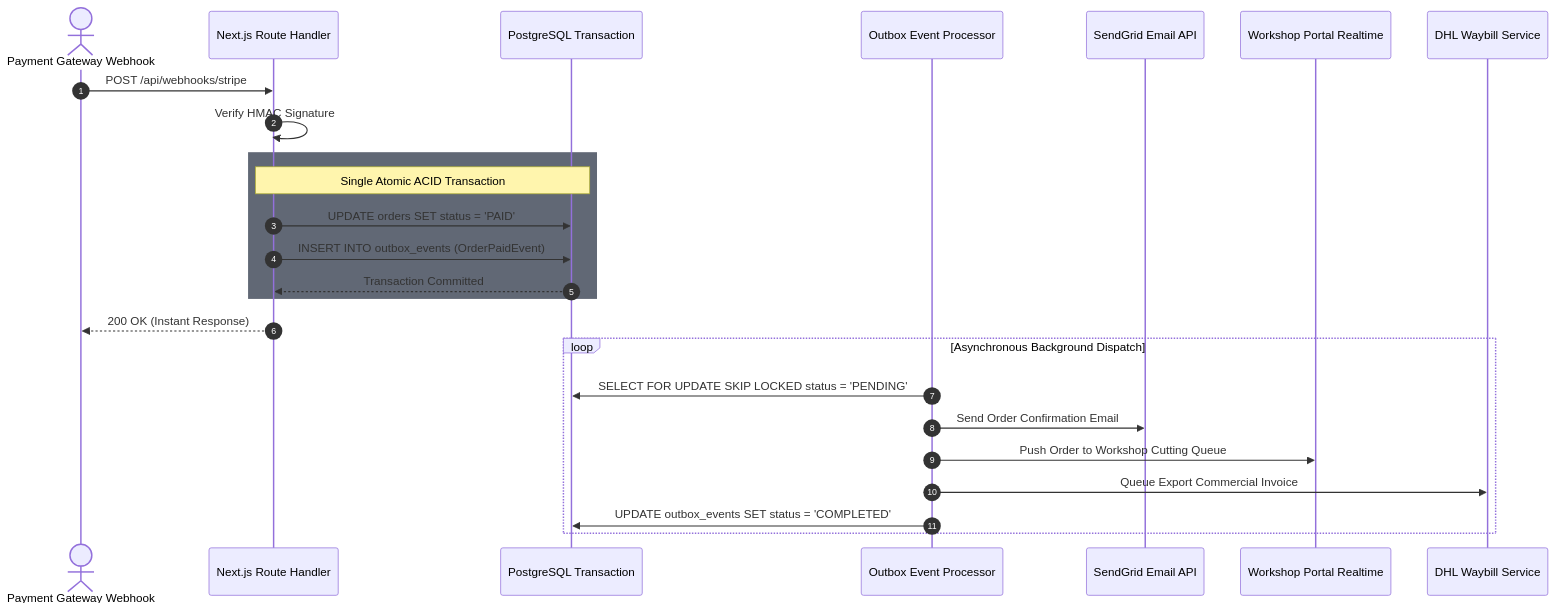
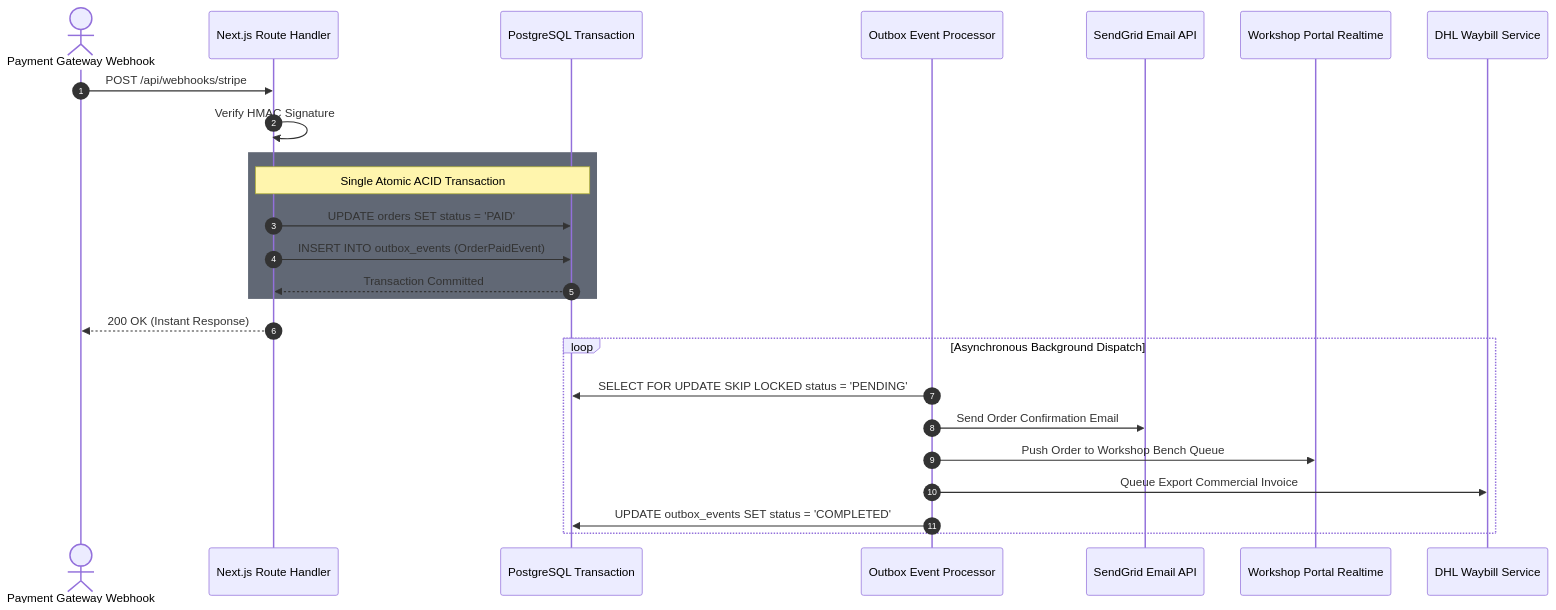
The tenth of 10 diagrams in docs/product/PRODUCT-CONTRACT.md (Sarthak2233/Jeanius), drawn with Mermaid before and after one commit. The commit also changed other lines of this file and 145 other files, not shown here.

````diff
--- a/docs/product/PRODUCT-CONTRACT.md
+++ b/docs/product/PRODUCT-CONTRACT.md
@@ -553,31 +531,31 @@
 ```mermaid
 sequenceDiagram
     autonumber
     actor Webhook as Payment Gateway Webhook
     participant RouteHandler as Next.js Route Handler
     participant DB as PostgreSQL Transaction
     participant Worker as Outbox Event Processor
     participant Email as SendGrid Email API
     participant Workshop as Workshop Portal Realtime
     participant Logistics as DHL Waybill Service
 
     Webhook->>RouteHandler: POST /api/webhooks/stripe
     RouteHandler->>RouteHandler: Verify HMAC Signature
 
     rect rgba(30, 41, 59, 0.7)
         Note over RouteHandler,DB: Single Atomic ACID Transaction
         RouteHandler->>DB: UPDATE orders SET status = 'PAID'
         RouteHandler->>DB: INSERT INTO outbox_events (OrderPaidEvent)
         DB-->>RouteHandler: Transaction Committed
     end
 
     RouteHandler-->>Webhook: 200 OK (Instant Response)
 
     loop Asynchronous Background Dispatch
         Worker->>DB: SELECT FOR UPDATE SKIP LOCKED status = 'PENDING'
         Worker->>Email: Send Order Confirmation Email
-        Worker->>Workshop: Push Order to Workshop Cutting Queue
+        Worker->>Workshop: Push Order to Workshop Bench Queue
         Worker->>Logistics: Queue Export Commercial Invoice
         Worker->>DB: UPDATE outbox_events SET status = 'COMPLETED'
     end
 ```
````
